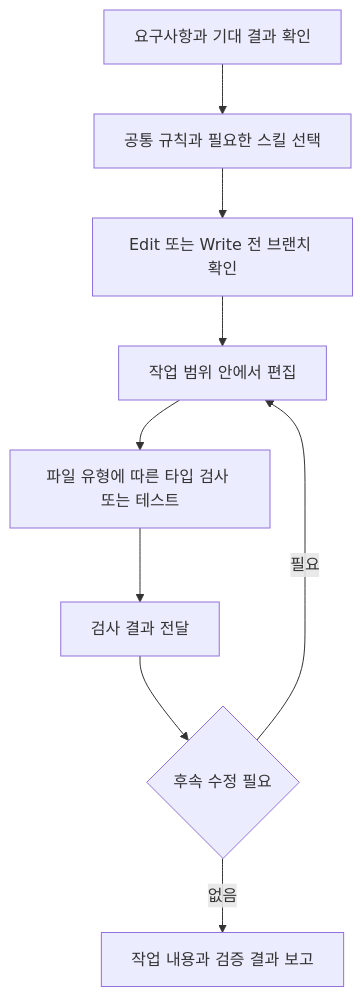
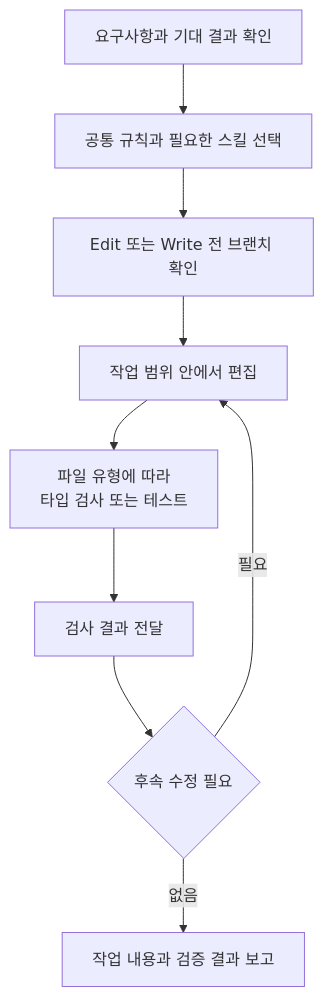
One commit to KimHG1995/work-history changed the diagram in projects/ai-development-setup/claude-workflow.md. Above: the diagram before and after it, drawn with Mermaid. The commit also changed 18 other files, not shown here.

Commit message:
docs: 공개 Mermaid 다이어그램 가독성 전수 개선

````diff
--- a/projects/ai-development-setup/claude-workflow.md
+++ b/projects/ai-development-setup/claude-workflow.md
@@ -73,11 +73,11 @@
 ```mermaid
 flowchart TD
     request["요구사항과 기대 결과 확인"] --> rules["공통 규칙과 필요한 스킬 선택"]
     rules --> branch["Edit 또는 Write 전 브랜치 확인"]
     branch --> edit["작업 범위 안에서 편집"]
-    edit --> check["파일 유형에 따른 타입 검사 또는 테스트"]
+    edit --> check["파일 유형에 따라<br/>타입 검사 또는 테스트"]
     check --> feedback["검사 결과 전달"]
     feedback --> decision{"후속 수정 필요"}
     decision -->|필요| edit
     decision -->|없음| report["작업 내용과 검증 결과 보고"]
 ```
````
